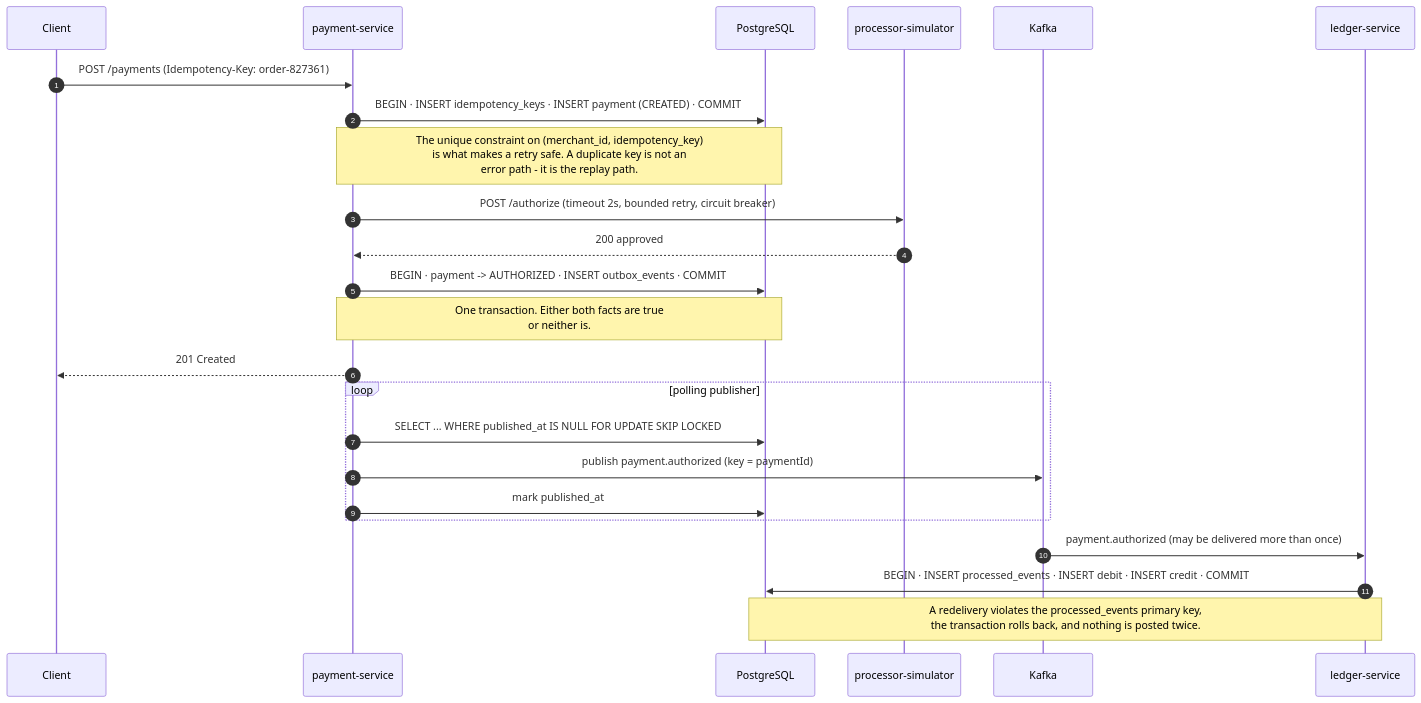
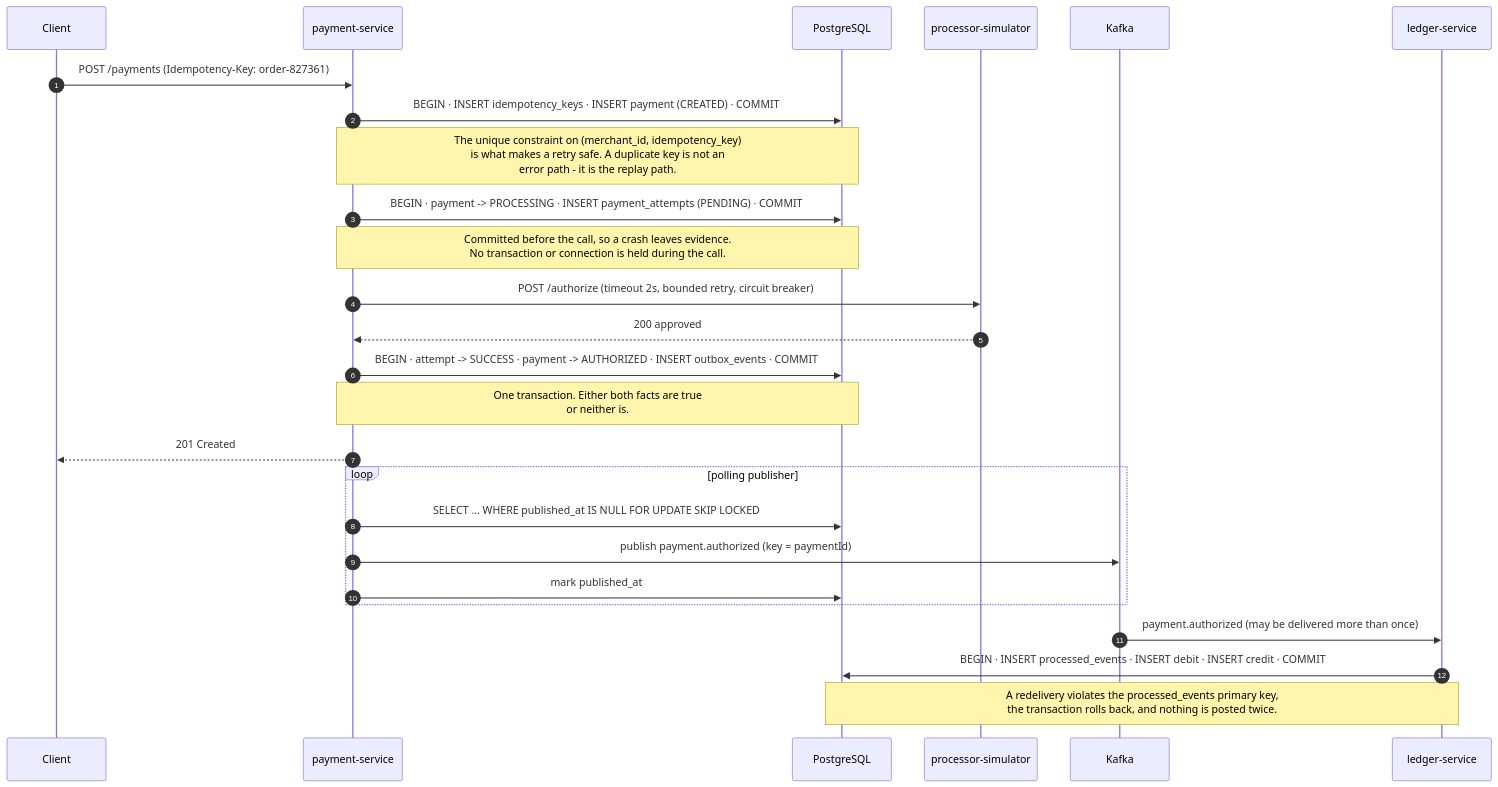
One commit to Necrote/distributed-payments-platform changed the second of 2 diagrams in README.md. Above: the diagram before and after it, drawn with Mermaid. The commit also changed other lines of this file and 2 other files, not shown here.

````diff
--- a/README.md
+++ b/README.md
@@ -218,27 +242,29 @@
 ```mermaid
 sequenceDiagram
     autonumber
     participant C as Client
     participant P as payment-service
     participant DB as PostgreSQL
     participant X as processor-simulator
     participant K as Kafka
     participant L as ledger-service
 
     C->>P: POST /payments (Idempotency-Key: order-827361)
     P->>DB: BEGIN · INSERT idempotency_keys · INSERT payment (CREATED) · COMMIT
     Note over P,DB: The unique constraint on (merchant_id, idempotency_key)<br/>is what makes a retry safe. A duplicate key is not an<br/>error path - it is the replay path.
+    P->>DB: BEGIN · payment -> PROCESSING · INSERT payment_attempts (PENDING) · COMMIT
+    Note over P,DB: Committed before the call, so a crash leaves evidence.<br/>No transaction or connection is held during the call.
     P->>X: POST /authorize (timeout 2s, bounded retry, circuit breaker)
     X-->>P: 200 approved
-    P->>DB: BEGIN · payment -> AUTHORIZED · INSERT outbox_events · COMMIT
+    P->>DB: BEGIN · attempt -> SUCCESS · payment -> AUTHORIZED · INSERT outbox_events · COMMIT
     Note over P,DB: One transaction. Either both facts are true<br/>or neither is.
     P-->>C: 201 Created
     loop polling publisher
         P->>DB: SELECT ... WHERE published_at IS NULL FOR UPDATE SKIP LOCKED
         P->>K: publish payment.authorized (key = paymentId)
         P->>DB: mark published_at
     end
     K->>L: payment.authorized (may be delivered more than once)
     L->>DB: BEGIN · INSERT processed_events · INSERT debit · INSERT credit · COMMIT
     Note over L,DB: A redelivery violates the processed_events primary key,<br/>the transaction rolls back, and nothing is posted twice.
 ```
````
